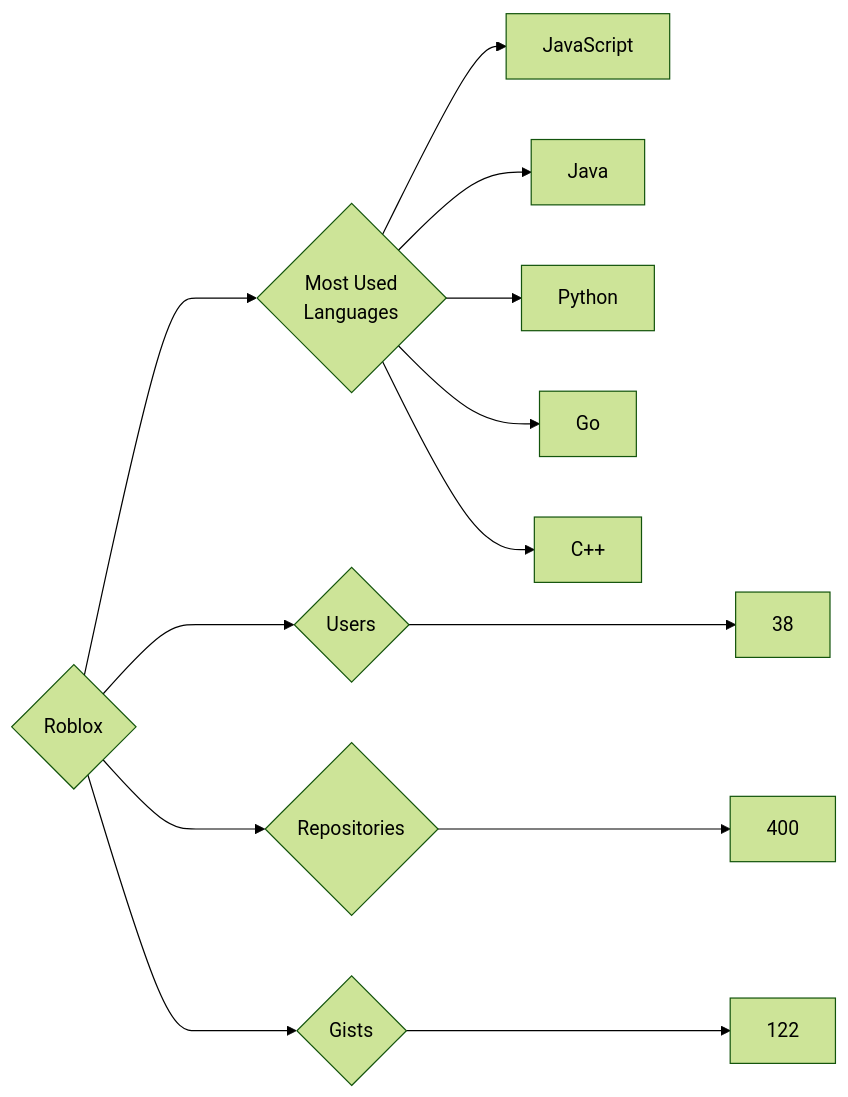
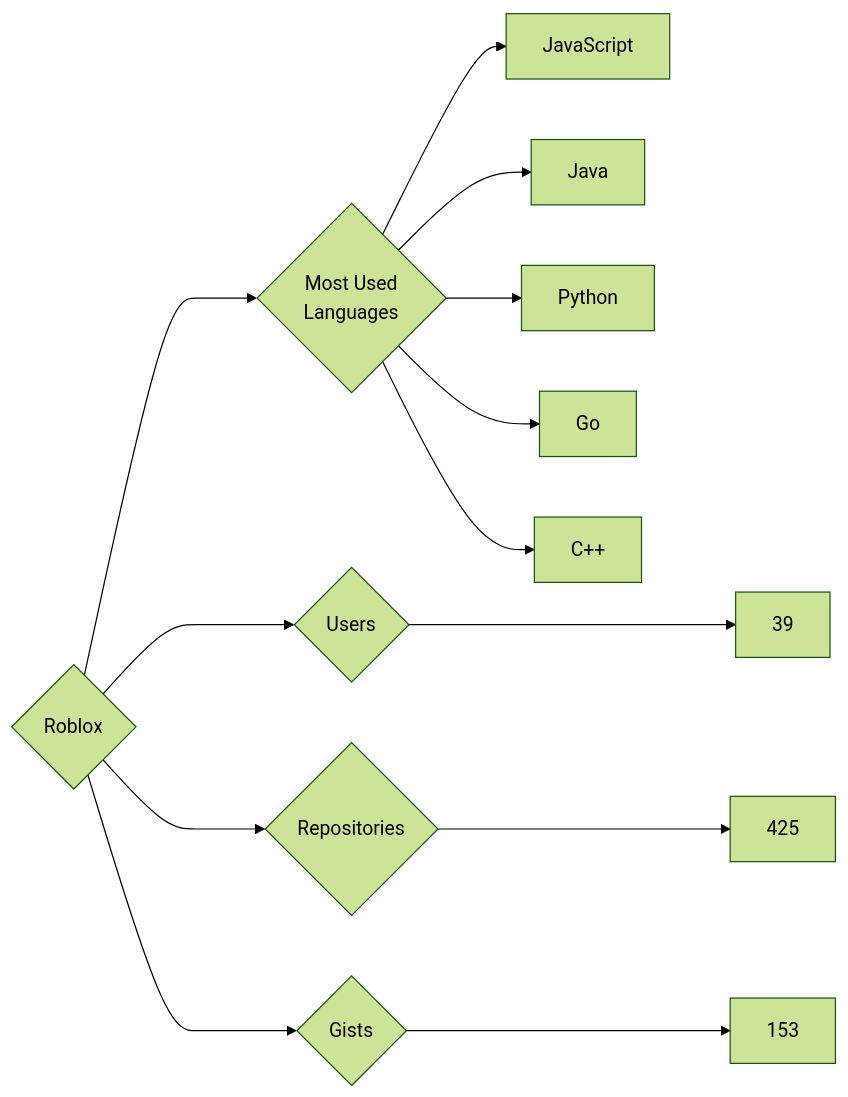
One commit to trickest/insiders changed the diagram in targets/Roblox/README.md. Above: the diagram before and after it, drawn with Mermaid (forest theme). The commit also changed 1479 other files, not shown here.

````diff
--- a/targets/Roblox/README.md
+++ b/targets/Roblox/README.md
@@ -3,13 +3,13 @@
 ```mermaid
 graph LR
 COMPANY_NAME{Roblox}
-COMPANY_NAME ---> U{Users} ---> UN[38]
-COMPANY_NAME ---> R{Repositories} ---> RN[400]
-COMPANY_NAME ---> G{Gists} ---> GN[122]
+COMPANY_NAME ---> U{Users} ---> UN[39]
+COMPANY_NAME ---> R{Repositories} ---> RN[425]
+COMPANY_NAME ---> G{Gists} ---> GN[153]
 COMPANY_NAME ---> ML{Most Used<br>Languages}
 ML --> JavaScript[JavaScript]
 ML --> Java[Java]
 ML --> Python[Python]
 ML --> Go[Go]
 ML --> C++[C++]
 ```
````
